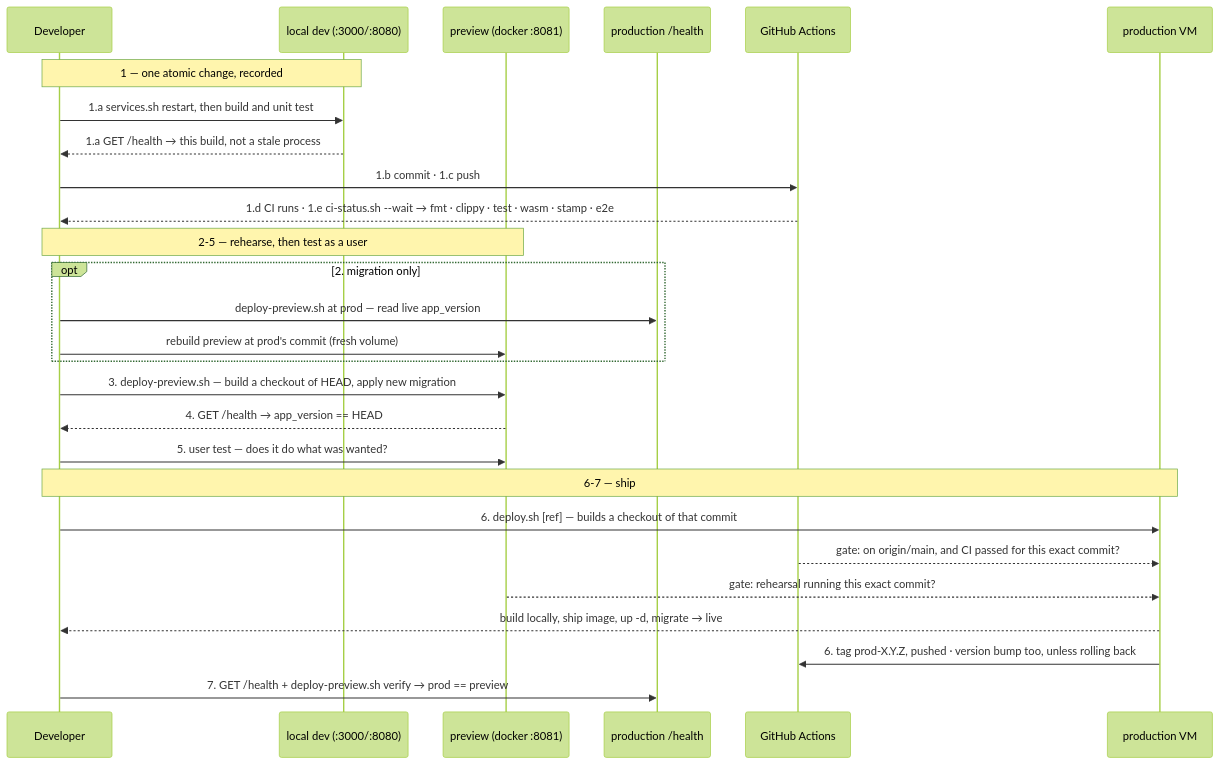
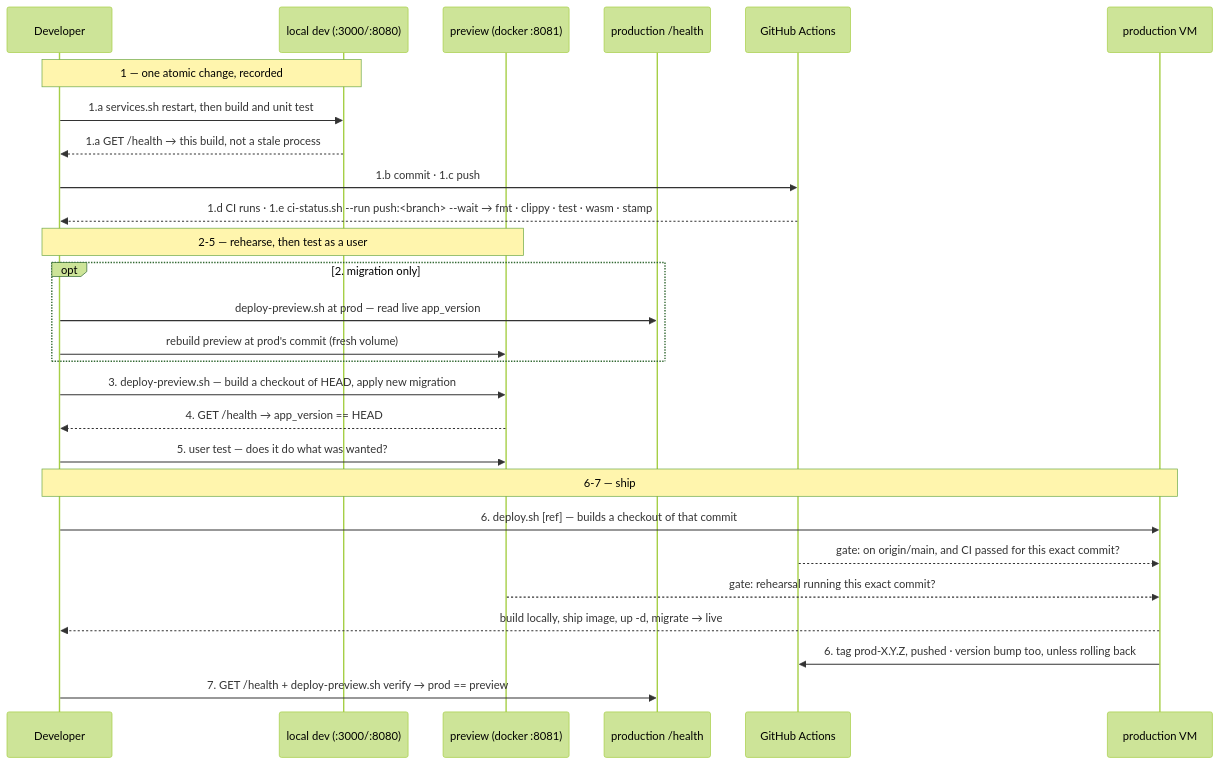
The second of 2 diagrams in docs/3.3-testing-ci-and-release.md (SteveStyle/scrabble-px), drawn with Mermaid (forest theme) before and after one commit. The commit also changed other lines of this file and 5 other files, not shown here.

````diff
--- a/docs/3.3-testing-ci-and-release.md
+++ b/docs/3.3-testing-ci-and-release.md
@@ -1628,30 +1628,30 @@
 ```mermaid
 sequenceDiagram
     participant Dev as Developer
     participant Loc as local dev (:3000/:8080)
     participant Stg as preview (docker :8081)
     participant Prod as production /health
     participant GH as GitHub Actions
     participant VM as production VM
 
     Note over Dev,Loc: 1 — one atomic change, recorded
     Dev->>Loc: 1.a services.sh restart, then build and unit test
     Loc-->>Dev: 1.a GET /health → this build, not a stale process
     Dev->>GH: 1.b commit · 1.c push
-    GH-->>Dev: 1.d CI runs · 1.e ci-status.sh --wait → fmt · clippy · test · wasm · stamp · e2e
+    GH-->>Dev: 1.d CI runs · 1.e ci-status.sh --run push:<branch> --wait → fmt · clippy · test · wasm · stamp
     Note over Dev,Stg: 2-5 — rehearse, then test as a user
     opt 2. migration only
         Dev->>Prod: deploy-preview.sh at prod — read live app_version
         Dev->>Stg: rebuild preview at prod's commit (fresh volume)
     end
     Dev->>Stg: 3. deploy-preview.sh — build a checkout of HEAD, apply new migration
     Stg-->>Dev: 4. GET /health → app_version == HEAD
     Dev->>Stg: 5. user test — does it do what was wanted?
     Note over Dev,VM: 6-7 — ship
     Dev->>VM: 6. deploy.sh [ref] — builds a checkout of that commit
     GH-->>VM: gate: on origin/main, and CI passed for this exact commit?
     Stg-->>VM: gate: rehearsal running this exact commit?
     VM-->>Dev: build locally, ship image, up -d, migrate → live
     VM->>GH: 6. tag prod-X.Y.Z, pushed · version bump too, unless rolling back
     Dev->>Prod: 7. GET /health + deploy-preview.sh verify → prod == preview
 ```
````
